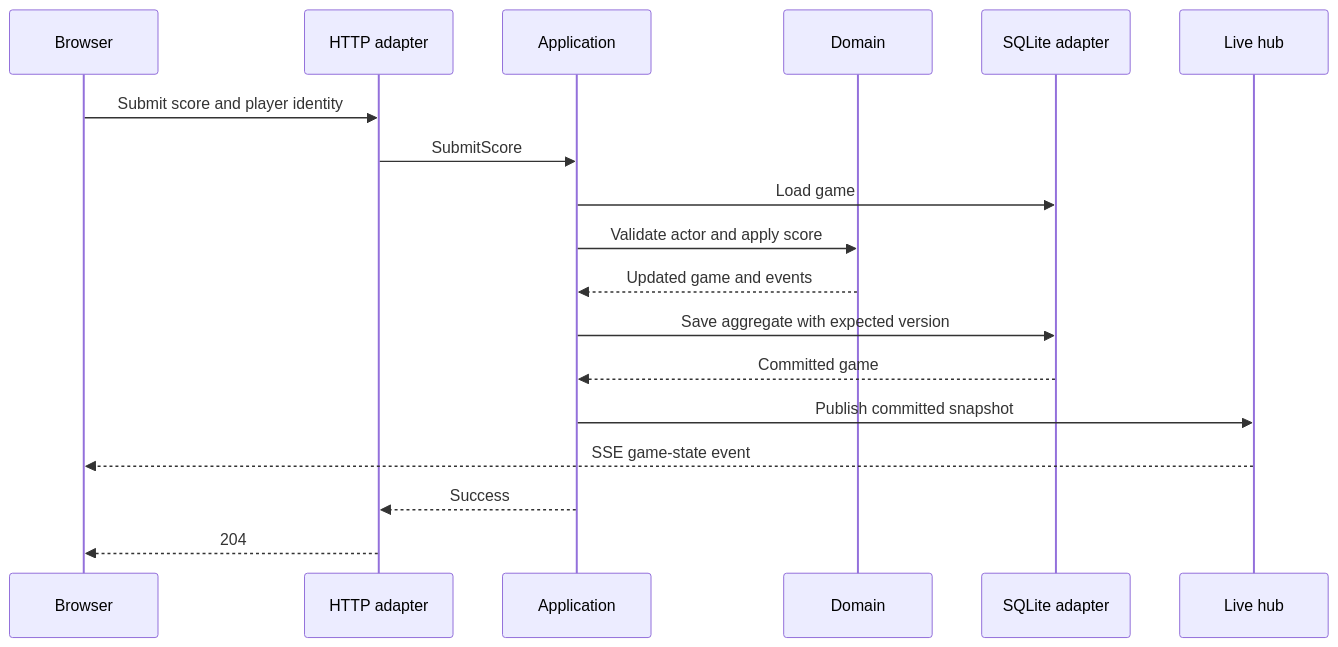
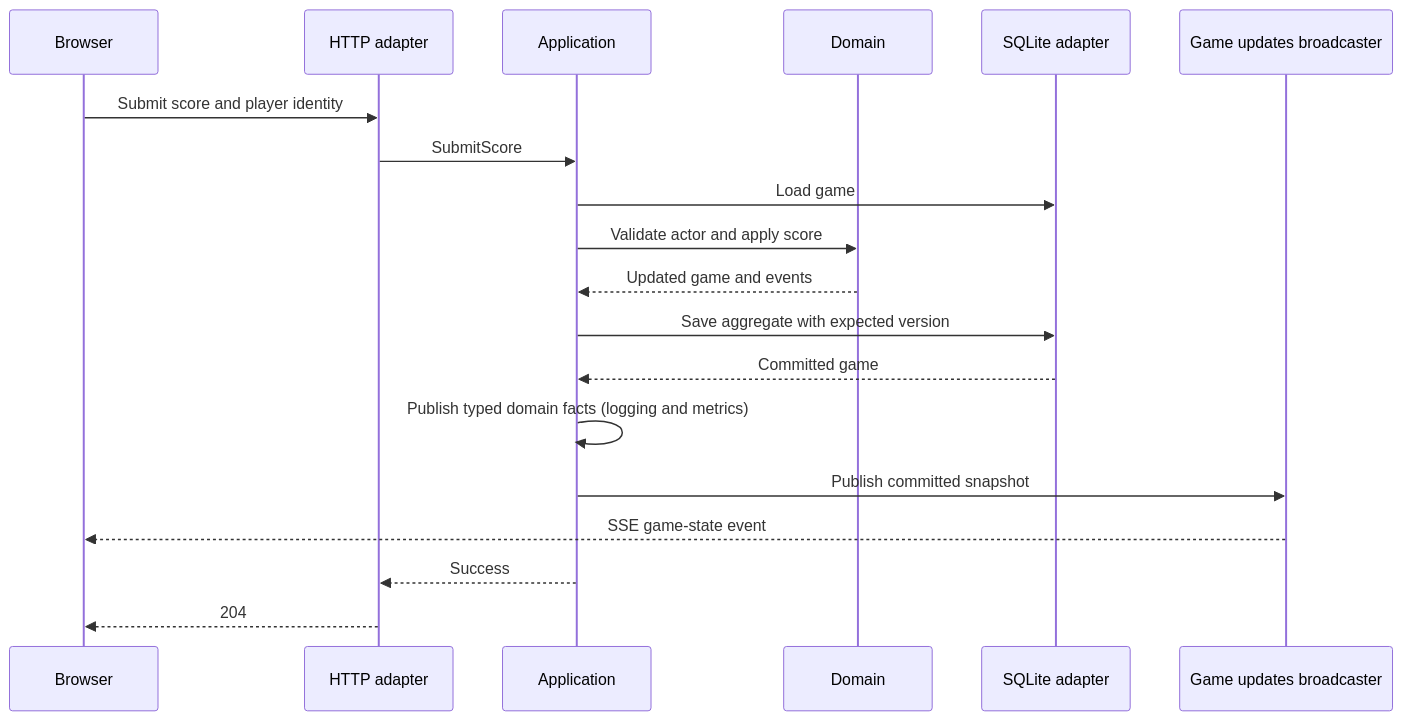
The second of 3 diagrams in docs/ARCHITECTURE.md (BenSuskins/pubgolf), drawn with Mermaid before and after one commit. The commit also changed other lines of this file and 71 other files, not shown here.

````diff
--- a/docs/ARCHITECTURE.md
+++ b/docs/ARCHITECTURE.md
@@ -40,20 +45,21 @@
 ```mermaid
 sequenceDiagram
     participant B as Browser
     participant H as HTTP adapter
     participant A as Application
     participant D as Domain
     participant S as SQLite adapter
-    participant L as Live hub
+    participant L as Game updates broadcaster
     B->>H: Submit score and player identity
     H->>A: SubmitScore
     A->>S: Load game
     A->>D: Validate actor and apply score
     D-->>A: Updated game and events
     A->>S: Save aggregate with expected version
     S-->>A: Committed game
+    A->>A: Publish typed domain facts (logging and metrics)
     A->>L: Publish committed snapshot
     L-->>B: SSE game-state event
     A-->>H: Success
     H-->>B: 204
 ```
````
